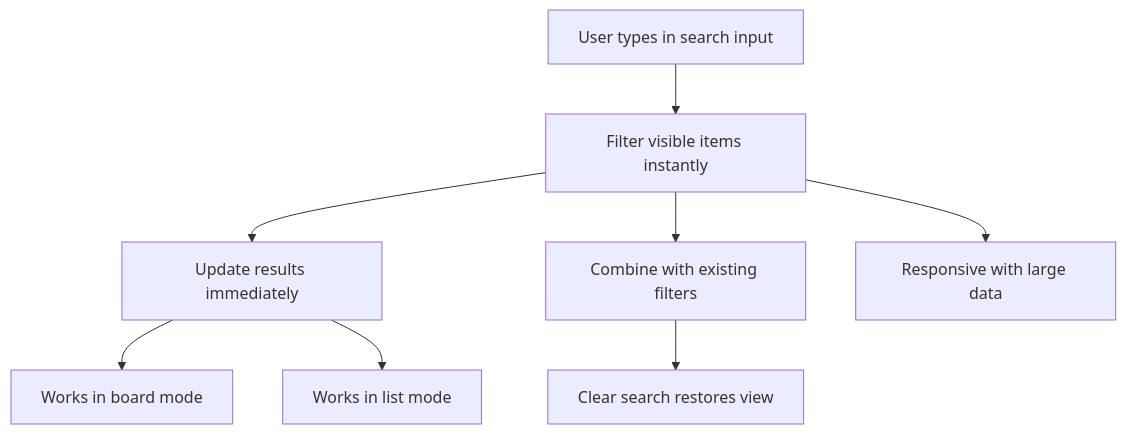
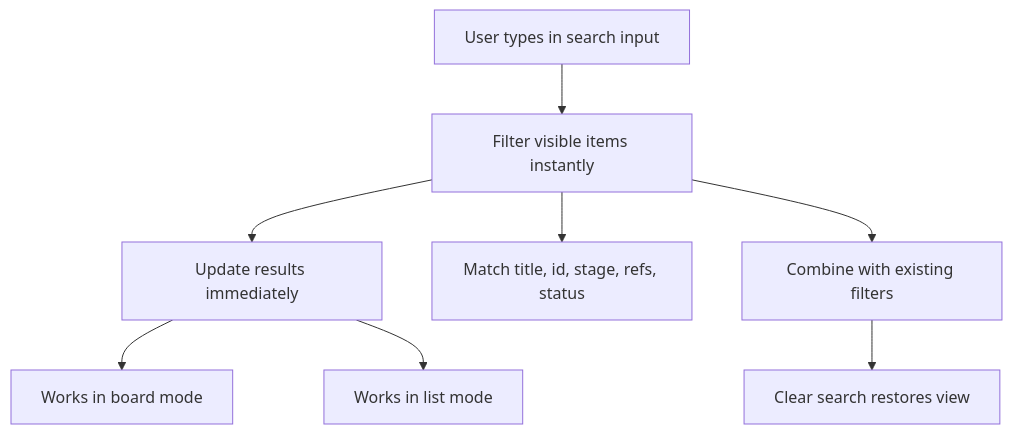
Before and after one commit to AlexAgo83/logics-manager: the diagram in logics/request/req_036_add_instant_local_search_to_the_plugin.md, drawn with Mermaid. The commit also changed 50 other files, not shown here.

````diff
--- a/logics/request/req_036_add_instant_local_search_to_the_plugin.md
+++ b/logics/request/req_036_add_instant_local_search_to_the_plugin.md
@@ -10,12 +10,12 @@
 ```mermaid
 %% logics-kind: request
 %% logics-signature: request|add-instant-local-search-to-the-plugin|add-a-fast-local-search-input|ac1-the-plugin-exposes-a-search
 flowchart TD
   A[User types in search input] --> B[Filter visible items instantly]
   B --> C[Update results immediately]
   C --> D[Works in board mode]
   C --> E[Works in list mode]
-  B --> F[Combine with existing filters]
-  F --> G[Clear search restores view]
-  B --> H[Responsive with large data]
+  B --> F[Match title, id, stage, refs, status]
+  B --> G[Combine with existing filters]
+  G --> H[Clear search restores view]
 ```
````
